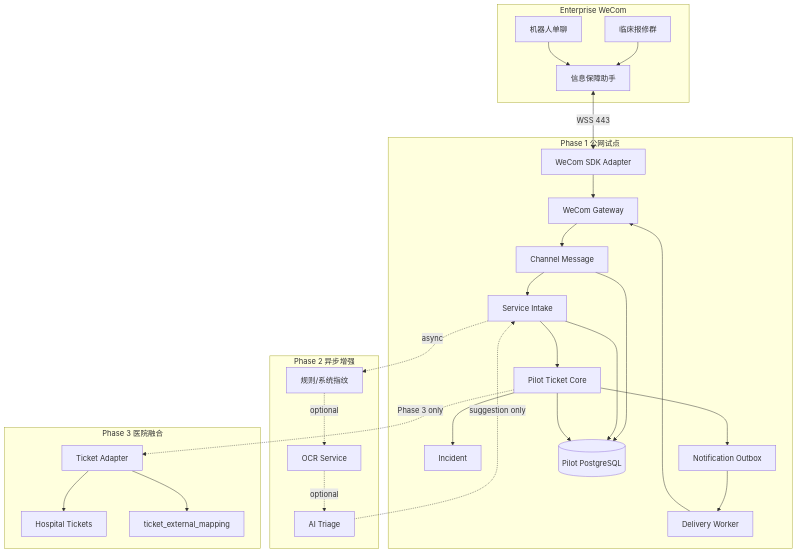
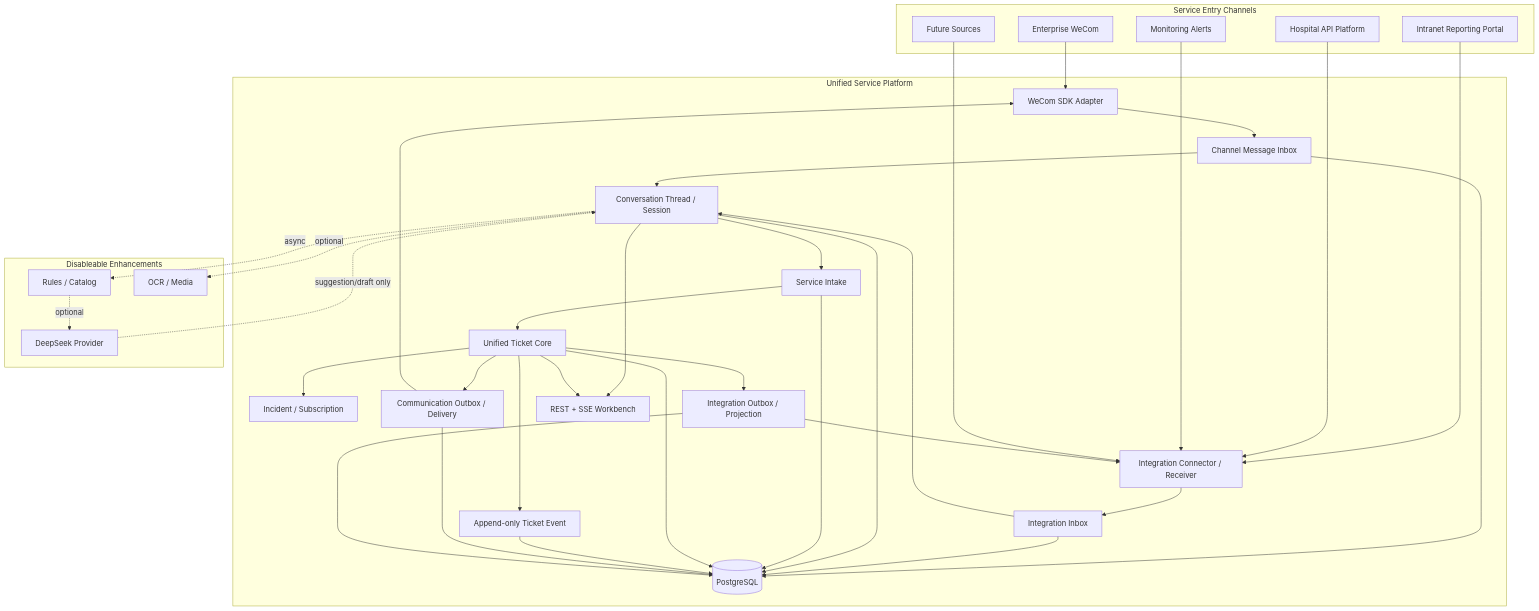
One commit to peterkis/Fault-Reporting-WeCom-Assistant changed the diagram in architecture/overall_architecture.mmd. Above: the diagram before and after it, drawn with Mermaid. The commit also changed 53 other files, not shown here.

Commit message:
docs(arch): adopt v1.4 greenfield intranet integration baseline

```diff
--- a/architecture/overall_architecture.mmd
+++ b/architecture/overall_architecture.mmd
@@ -1,52 +1,58 @@
 flowchart TB
-    subgraph WECOM[Enterprise WeCom]
-        GROUP[临床报修群]
-        DIRECT[机器人单聊]
-        BOT[信息保障助手]
+    subgraph CHANNELS[Service Entry Channels]
+        WECOM[Enterprise WeCom]
+        PORTAL[Intranet Reporting Portal]
+        API[Hospital API Platform]
+        ALERT[Monitoring Alerts]
+        FUTURE[Future Sources]
     end
 
-    subgraph PILOT[Phase 1 公网试点]
-        ADAPTER[WeCom SDK Adapter]
-        GATEWAY[WeCom Gateway]
-        MESSAGE[Channel Message]
+    subgraph PLATFORM[Unified Service Platform]
+        WADAPTER[WeCom SDK Adapter]
+        ICONN[Integration Connector / Receiver]
+        CINBOX[Channel Message Inbox]
+        IINBOX[Integration Inbox]
+        CONV[Conversation Thread / Session]
         INTAKE[Service Intake]
-        PILOT_TICKET[Pilot Ticket Core]
-        INCIDENT[Incident]
-        OUTBOX[Notification Outbox]
-        DELIVERY[Delivery Worker]
-        PG[(Pilot PostgreSQL)]
+        TICKET[Unified Ticket Core]
+        EVENT[Append-only Ticket Event]
+        INCIDENT[Incident / Subscription]
+        COMM[Communication Outbox / Delivery]
+        IOUT[Integration Outbox / Projection]
+        WORKBENCH[REST + SSE Workbench]
+        PG[(PostgreSQL)]
     end
 
-    subgraph AI[Phase 2 异步增强]
-        RULES[规则/系统指纹]
-        OCR[OCR Service]
-        TRIAGE[AI Triage]
+    subgraph OPTIONAL[Disableable Enhancements]
+        RULES[Rules / Catalog]
+        AI[DeepSeek Provider]
+        OCR[OCR / Media]
     end
 
-    subgraph HOSPITAL[Phase 3 医院融合]
-        TICKET_ADAPTER[Ticket Adapter]
-        HOSPITAL_TICKETS[Hospital Tickets]
-        MAPPING[ticket_external_mapping]
-    end
-
-    GROUP --> BOT
-    DIRECT --> BOT
-    BOT <-->|WSS 443| ADAPTER
-    ADAPTER --> GATEWAY
-    GATEWAY --> MESSAGE
-    MESSAGE --> INTAKE
-    INTAKE --> PILOT_TICKET
-    PILOT_TICKET --> INCIDENT
-    PILOT_TICKET --> OUTBOX
-    OUTBOX --> DELIVERY
-    DELIVERY --> GATEWAY
-    MESSAGE --> PG
+    WECOM --> WADAPTER --> CINBOX
+    PORTAL --> ICONN
+    API --> ICONN
+    ALERT --> ICONN
+    FUTURE --> ICONN
+    ICONN --> IINBOX
+    CINBOX --> CONV
+    IINBOX --> CONV
+    CONV --> INTAKE --> TICKET
+    TICKET --> EVENT
+    TICKET --> INCIDENT
+    TICKET --> COMM --> WADAPTER
+    TICKET --> IOUT --> ICONN
+    CONV --> WORKBENCH
+    TICKET --> WORKBENCH
+    CINBOX --> PG
+    IINBOX --> PG
+    CONV --> PG
     INTAKE --> PG
-    PILOT_TICKET --> PG
-    INTAKE -.async.-> RULES
-    RULES -.optional.-> OCR
-    OCR -.optional.-> TRIAGE
-    TRIAGE -.suggestion only.-> INTAKE
-    PILOT_TICKET -.Phase 3 only.-> TICKET_ADAPTER
-    TICKET_ADAPTER --> HOSPITAL_TICKETS
-    TICKET_ADAPTER --> MAPPING
+    TICKET --> PG
+    EVENT --> PG
+    COMM --> PG
+    IOUT --> PG
+    CONV -.async.-> RULES
+    RULES -.optional.-> AI
+    CONV -.optional.-> OCR
+    AI -.suggestion/draft only.-> CONV
```
